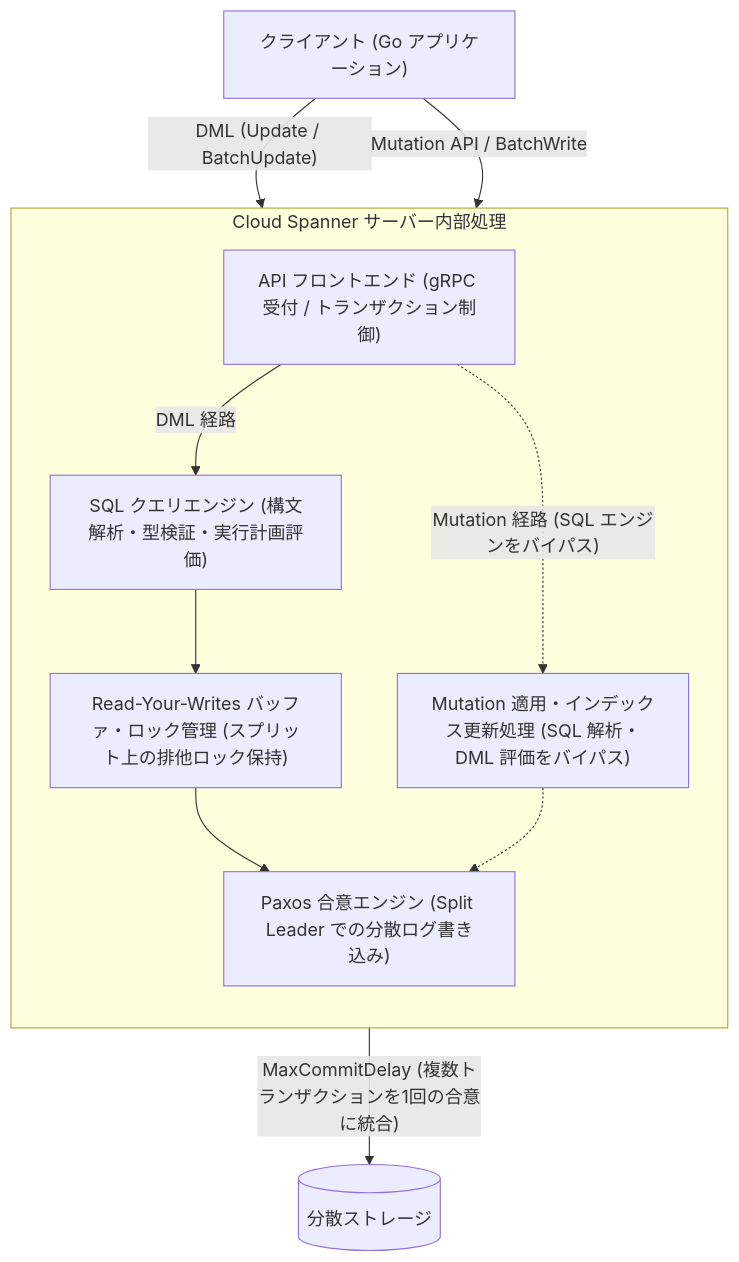
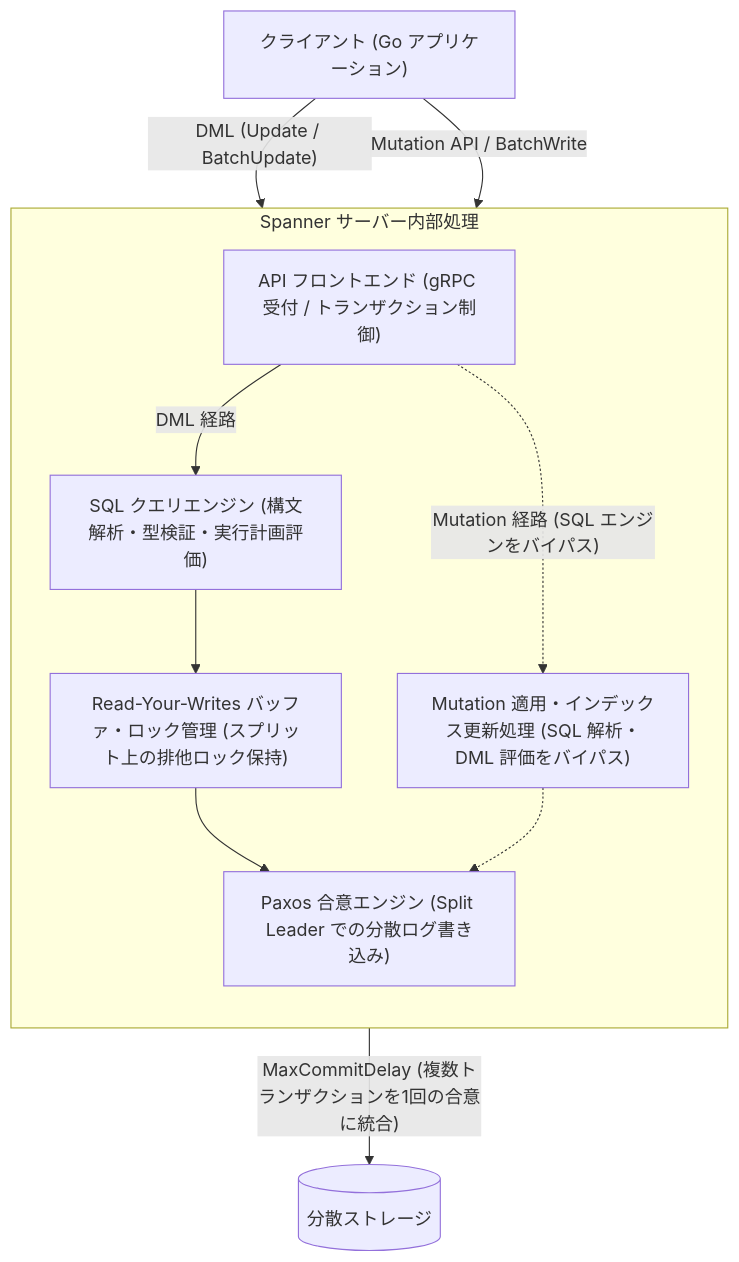
Before and after one commit to michity15169/zenn-content: the first of 6 diagrams in articles/7aad16e9b5760d.md, drawn with Mermaid. The commit also changed other lines of this file, not shown here.

````diff
--- a/articles/7aad16e9b5760d.md
+++ b/articles/7aad16e9b5760d.md
@@ -63,24 +63,24 @@
 ```mermaid
 flowchart TD
     Client["クライアント (Go アプリケーション)"]
     
-    subgraph SpannerServer ["Cloud Spanner サーバー内部処理"]
+    subgraph SpannerServer ["Spanner サーバー内部処理"]
         direction TB
         GW["API フロントエンド (gRPC 受付 / トランザクション制御)"]
         SQL["SQL クエリエンジン (構文解析・型検証・実行計画評価)"]
         RYW["Read-Your-Writes バッファ・ロック管理 (スプリット上の排他ロック保持)"]
         MutEngine["Mutation 適用・インデックス更新処理 (SQL 解析・DML 評価をバイパス)"]
         Paxos["Paxos 合意エンジン (Split Leader での分散ログ書き込み)"]
     end
 
     Client -->|"DML (Update / BatchUpdate)"| GW
     Client -->|"Mutation API / BatchWrite"| GW
 
     GW -->|"DML 経路"| SQL
     SQL --> RYW
     RYW --> Paxos
 
     GW -.->|"Mutation 経路 (SQL エンジンをバイパス)"| MutEngine
     MutEngine -.-> Paxos
     Paxos -->|"MaxCommitDelay (複数トランザクションを1回の合意に統合)"| Storage[("分散ストレージ")]
 ```
````
